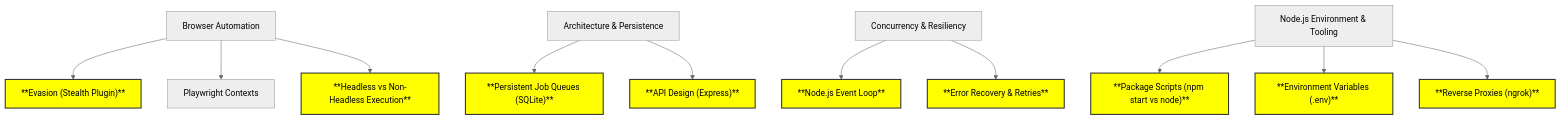
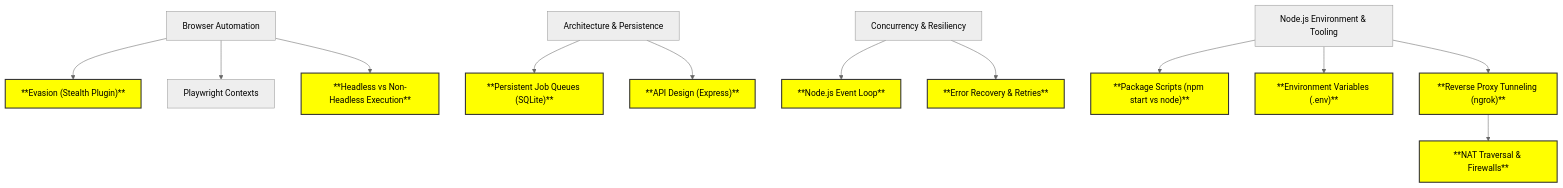
One commit to Abhinay-kal/Content-Operations-Automation-Platform changed the diagram in knowledge.md. Above: the diagram before and after it, drawn with Mermaid (neutral theme). The commit also changed other lines of this file, not shown here.

Commit message:
docs: add NAT Traversal and Firewall Bypassing to knowledge graph

````diff
--- a/knowledge.md
+++ b/knowledge.md
@@ -7,43 +7,46 @@
 ```mermaid
 graph TD
     %% Main Topics
     A[Browser Automation]
     B[Architecture & Persistence]
     C[Concurrency & Resiliency]
     D[Node.js Environment & Tooling]
     
     %% Subtopics
     A1["**Evasion (Stealth Plugin)**"]
     A2[Playwright Contexts]
     A3["**Headless vs Non-Headless Execution**"]
     B1["**Persistent Job Queues (SQLite)**"]
     B2["**API Design (Express)**"]
     C1["**Node.js Event Loop**"]
     C2["**Error Recovery & Retries**"]
     D1["**Package Scripts (npm start vs node)**"]
     D2["**Environment Variables (.env)**"]
-    D3["**Reverse Proxies (ngrok)**"]
+    D3["**Reverse Proxy Tunneling (ngrok)**"]
+    D4["**NAT Traversal & Firewalls**"]
     
     %% Relationships
     A --> A1
     A --> A2
     A --> A3
     B --> B1
     B --> B2
     C --> C1
     C --> C2
     D --> D1
     D --> D2
     D --> D3
+    D3 --> D4
     
     %% Styling for actively used/implemented subtopics
     style A1 fill:#ffff00,stroke:#333,stroke-width:2px,color:#000;
     style A3 fill:#ffff00,stroke:#333,stroke-width:2px,color:#000;
     style B1 fill:#ffff00,stroke:#333,stroke-width:2px,color:#000;
     style B2 fill:#ffff00,stroke:#333,stroke-width:2px,color:#000;
     style C1 fill:#ffff00,stroke:#333,stroke-width:2px,color:#000;
     style C2 fill:#ffff00,stroke:#333,stroke-width:2px,color:#000;
     style D1 fill:#ffff00,stroke:#333,stroke-width:2px,color:#000;
     style D2 fill:#ffff00,stroke:#333,stroke-width:2px,color:#000;
     style D3 fill:#ffff00,stroke:#333,stroke-width:2px,color:#000;
+    style D4 fill:#ffff00,stroke:#333,stroke-width:2px,color:#000;
 ```
````
